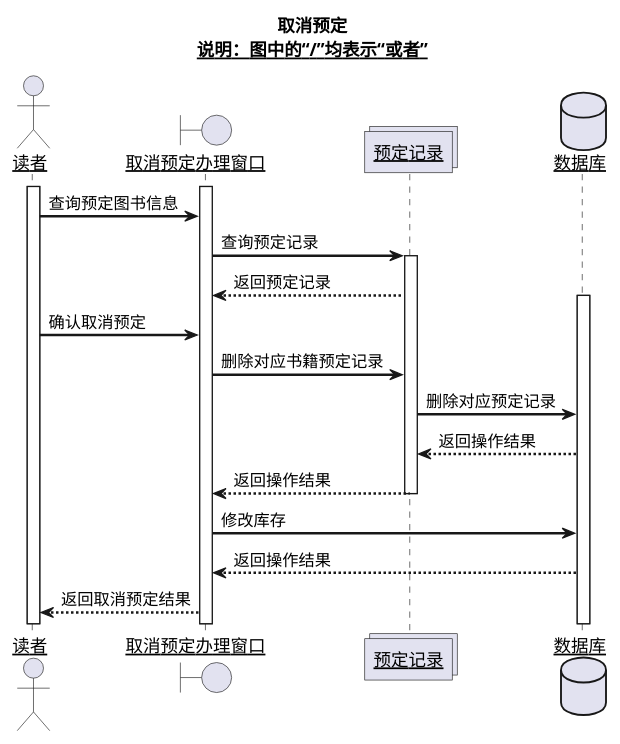
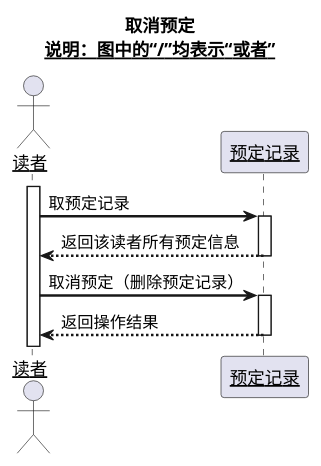
Before and after one commit to Landy7/is_analysis: the diagram in test4/sequence6.md, drawn with PlantUML. The commit also changed 24 other files, not shown here.

```diff
--- a/test4/sequence6.md
+++ b/test4/sequence6.md
@@ -1,30 +1,20 @@
 @startuml
 title
  取消预定
  <u>说明：图中的“/”均表示“或者”</u>
 end title
 skinparam sequenceArrowThickness 2
 skinparam maxmessagesize 60
 skinparam sequenceParticipant underline
-actor "读者" as U
-boundary "取消预定办理窗口   " as A
-collections "预定记录" as B
-database "数据库" as C
-activate U
-activate A
-U ->A:查询预定图书信息
-A ->B:查询预定记录
+actor 读者
+participant "预定记录" as B
+activate 读者 
+读者 ->B:取预定记录
 activate B
-B -->A:返回预定记录
-activate C
-U ->A:确认取消预定
-A ->B:删除对应书籍预定记录
-B ->C:删除对应预定记录
-C -->B:返回操作结果
-B -->A:返回操作结果
+B -->读者:返回该读者所有预定信息
 deactivate B
-A ->C:修改库存
-C -->A:返回操作结果
-A -->U:返回取消预定结果
-
+读者 ->B:取消预定（删除预定记录）
+activate B
+B -->读者:返回操作结果
+deactivate B
 @enduml
```
